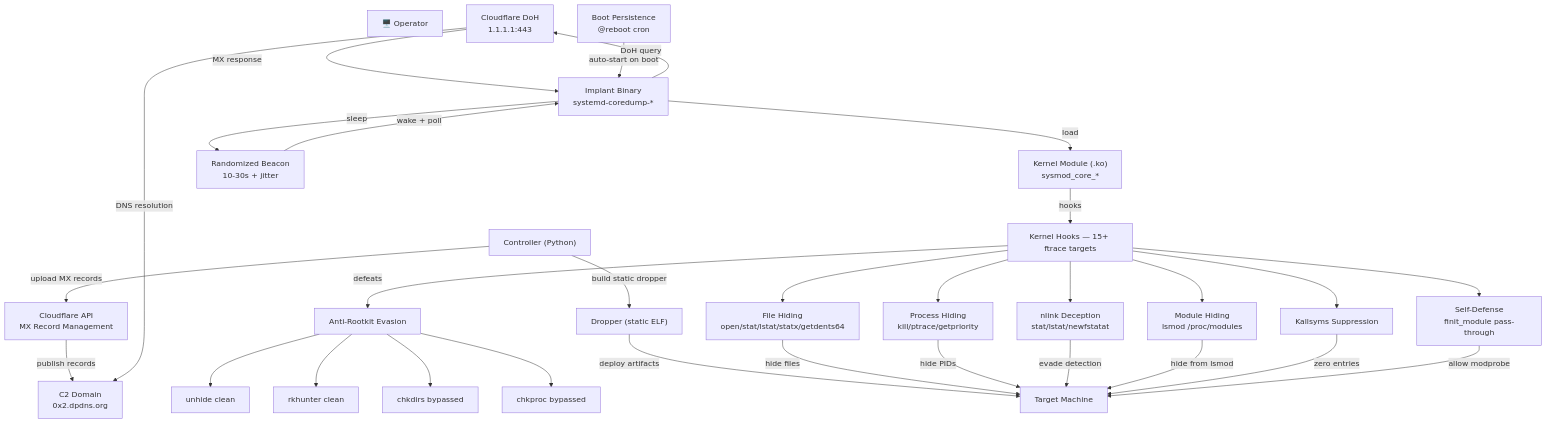
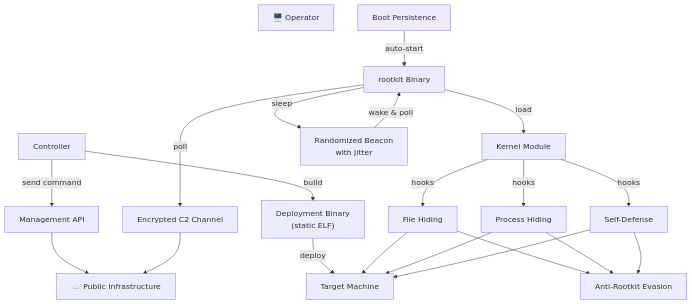
Before and after one commit to 0xbitx/DEDSEC_NEPHILM: the diagram in README.md, drawn with Mermaid. The commit also changed other lines of this file, not shown here.

````diff
--- a/README.md
+++ b/README.md
@@ -30,71 +28,52 @@
 ```mermaid
 flowchart TB
     Operator["🖥️  Operator"]
-    CTRL["Controller (Python)"]
-    DROP["Dropper (static ELF)"]
-    DOH["Cloudflare DoH<br/>1.1.1.1:443"]
-    CFAPI["Cloudflare API<br/>MX Record Management"]
-    DOMAIN["C2 Domain<br/>0x2.dpdns.org"]
+    CTRL["Controller"]
+    DROP["Deployment Binary<br/>(static ELF)"]
+
+    INFRA["☁️  Public Infrastructure"]
+    C2["Encrypted C2 Channel"]
+    API["Management API"]
 
     Target["Target Machine"]
-    IMP["Implant Binary<br/>systemd-coredump-*"]
-    KO["Kernel Module (.ko)<br/>sysmod_core_*"]
-    CRON["Boot Persistence<br/>@reboot cron"]
-    BEACON["Randomized Beacon<br/>10-30s + jitter"]
 
-    FS["File Hiding<br/>open/stat/lstat/statx/getdents64"]
-    PROC["Process Hiding<br/>kill/ptrace/getpriority"]
-    NLINK["nlink Deception<br/>stat/lstat/newfstatat"]
-    MOD["Module Hiding<br/>lsmod /proc/modules"]
-    KALL["Kallsyms Suppression"]
-    SD["Self-Defense<br/>finit_module pass-through"]
+    IMP["rootkit Binary"]
+    KO["Kernel Module"]
+    PERSIST["Boot Persistence"]
+    BEACON["Randomized Beacon<br/>with jitter"]
 
-    CHKPROC["chkproc bypassed"]
-    CHKDIRS["chkdirs bypassed"]
-    RKHUNT["rkhunter clean"]
-    UNHIDE["unhide clean"]
+    FS["File Hiding"]
+    PROC["Process Hiding"]
+    DEFENSE["Self-Defense"]
 
-    Hooks["Kernel Hooks — 15+ ftrace targets"]
-    Evasion["Anti-Rootkit Evasion"]
+    EVASION["Anti-Rootkit Evasion"]
 
     %% Operator flows
-    CTRL -->|build static dropper| DROP
-    DROP -->|deploy artifacts| Target
-    CTRL -->|upload MX records| CFAPI
-    CFAPI -->|publish records| DOMAIN
+    CTRL -->|build| DROP
+    DROP -->|deploy| Target
+    CTRL -->|send command| API
+    API --> INFRA
 
     %% C2 flows
+    IMP -->|poll| C2
+    C2 --> INFRA
     IMP -->|sleep| BEACON
-    BEACON -->|wake + poll| IMP
-    IMP -->|DoH query| DOH
-    DOH -->|MX response| IMP
-    DOH -->|DNS resolution| DOMAIN
+    BEACON -->|wake & poll| IMP
 
     %% Target internal
+    PERSIST -->|auto-start| IMP
     IMP -->|load| KO
-    CRON -->|auto-start on boot| IMP
 
     %% Hooks
-    KO -->|hooks| Hooks
-    Hooks --> FS
-    Hooks --> PROC
-    Hooks --> NLINK
-    Hooks --> MOD
-    Hooks --> KALL
-    Hooks --> SD
+    KO -->|hooks| FS
+    KO -->|hooks| PROC
+    KO -->|hooks| DEFENSE
 
-    %% Hook effects
-    FS -->|hide files| Target
-    PROC -->|hide PIDs| Target
-    NLINK -->|evade detection| Target
-    MOD -->|hide from lsmod| Target
-    KALL -->|zero entries| Target
-    SD -->|allow modprobe| Target
-
-    %% Evasion
-    Hooks -->|defeats| Evasion
-    Evasion --> CHKPROC
-    Evasion --> CHKDIRS
-    Evasion --> RKHUNT
-    Evasion --> UNHIDE
+    %% Effects
+    FS --> Target
+    PROC --> Target
+    DEFENSE --> Target
+    FS --> EVASION
+    PROC --> EVASION
+    DEFENSE --> EVASION
 ```
````
